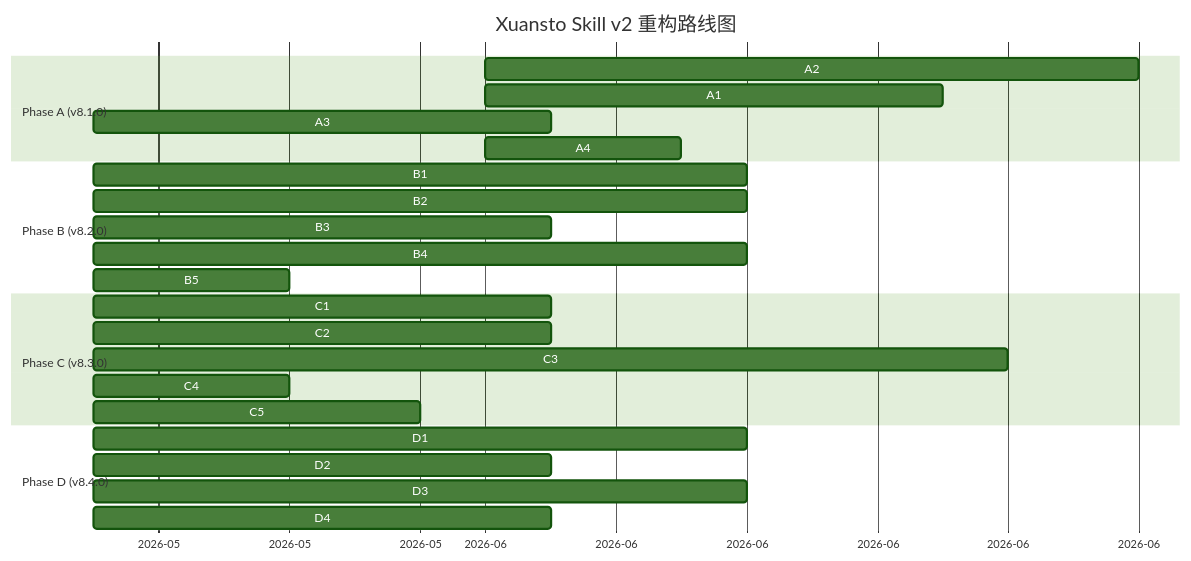
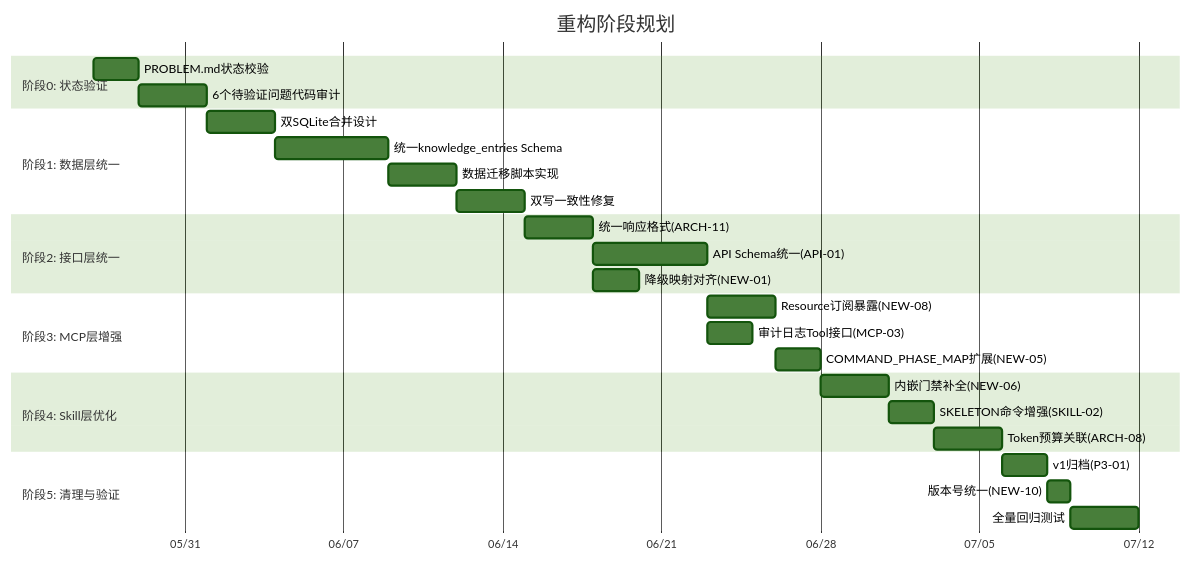
One commit to xuanyuanchumo/xuansto changed the sixth of 11 diagrams in docs/plan/REFACTOR_PLAN.md. Above: the diagram before and after it, drawn with Mermaid (forest theme). The commit also changed other lines of this file and 68 other files, not shown here.

````diff
--- a/docs/plan/REFACTOR_PLAN.md
+++ b/docs/plan/REFACTOR_PLAN.md
@@ -493,32 +318,36 @@
 ```mermaid
 gantt
-    title Xuansto Skill v2 重构路线图
+    title 重构阶段规划
     dateFormat YYYY-MM-DD
-    axisFormat %Y-%m
+    axisFormat %m/%d
 
-    section Phase A (v8.1.0)
-    A2: 统一错误处理           :a2, 2026-06-01, 10d
-    A1: Resource推送通知        :a1, 2026-06-01, 7d
-    A3: 审计日志               :a3, after a2, 7d
-    A4: SKELETON命令           :a4, 2026-06-01, 3d
+    section 阶段0: 状态验证
+    PROBLEM.md状态校验           :p0a, 2026-05-27, 2d
+    6个待验证问题代码审计        :p0b, after p0a, 3d
 
-    section Phase B (v8.2.0)
-    B1: Agent持久化            :b1, after a3, 10d
-    B2: 工作流持久化           :b2, after b1, 10d
-    B3: 决策双写事务           :b3, after a3, 7d
-    B4: ChromaDB双写增强       :b4, after b3, 10d
-    B5: Hook超时保护           :b5, after a3, 3d
+    section 阶段1: 数据层统一
+    双SQLite合并设计            :p1a, after p0b, 3d
+    统一knowledge_entries Schema :p1b, after p1a, 5d
+    数据迁移脚本实现            :p1c, after p1b, 3d
+    双写一致性修复              :p1d, after p1c, 3d
 
-    section Phase C (v8.3.0)
-    C1: 配置热更新             :c1, after b2, 7d
-    C2: API版本协商            :c2, after b4, 7d
-    C3: HTTP/MCP Schema统一    :c3, after c2, 14d
-    C4: 知识版本清理           :c4, after b4, 3d
-    C5: 便捷Resource           :c5, after b2, 5d
+    section 阶段2: 接口层统一
+    统一响应格式(ARCH-11)       :p2a, after p1d, 3d
+    API Schema统一(API-01)      :p2b, after p2a, 5d
+    降级映射对齐(NEW-01)        :p2c, after p2a, 2d
 
-    section Phase D (v8.4.0)
-    D1: Token-Phase关联        :d1, after c3, 10d
-    D2: 推送通知增强           :d2, after c5, 7d
-    D3: 渐进式加载增强         :d3, after d1, 10d
-    D4: 性能指标体系           :d4, after d3, 7d
+    section 阶段3: MCP层增强
+    Resource订阅暴露(NEW-08)    :p3a, after p2b, 3d
+    审计日志Tool接口(MCP-03)    :p3b, after p2b, 2d
+    COMMAND_PHASE_MAP扩展(NEW-05):p3c, after p3a, 2d
+
+    section 阶段4: Skill层优化
+    内嵌门禁补全(NEW-06)        :p4a, after p3c, 3d
+    SKELETON命令增强(SKILL-02)  :p4b, after p4a, 2d
+    Token预算关联(ARCH-08)      :p4c, after p4b, 3d
+
+    section 阶段5: 清理与验证
+    v1归档(P3-01)               :p5a, after p4c, 2d
+    版本号统一(NEW-10)          :p5b, after p5a, 1d
+    全量回归测试                :p5c, after p5b, 3d
 ```
````
